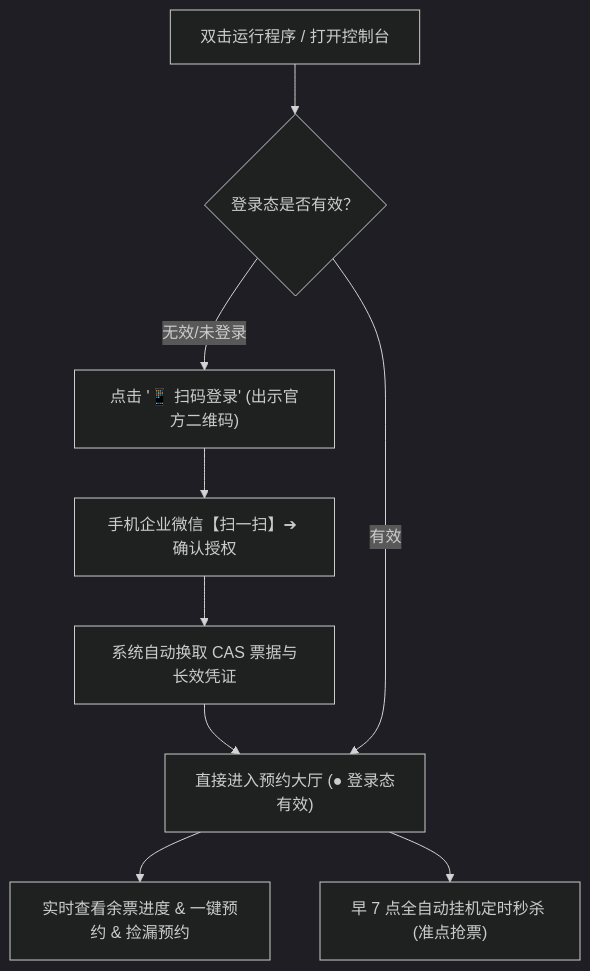
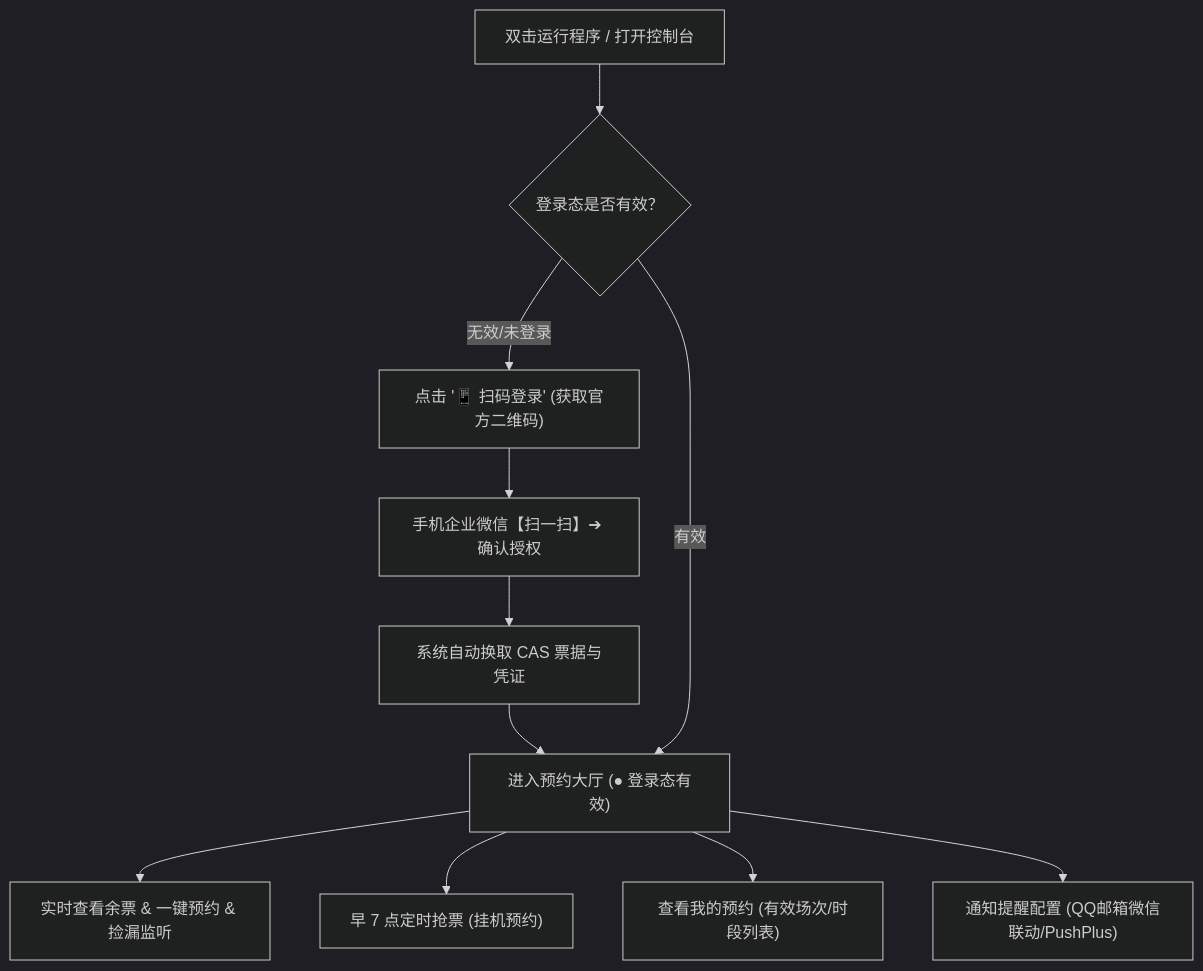
The diagram in README.md (hechen-coder/XMU-Gym-reservation-script), drawn with Mermaid (dark theme) before and after one commit. The commit also changed other lines of this file and 7 other files, not shown here.

````diff
--- a/README.md
+++ b/README.md
@@ -75,11 +77,13 @@
 ```mermaid
 graph TD
     A["双击运行程序 / 打开控制台"] --> B{"登录态是否有效？"}
-    B -- 无效/未登录 --> C["点击 '📱 扫码登录' (出示官方二维码)"]
+    B -- 无效/未登录 --> C["点击 '📱 扫码登录' (获取官方二维码)"]
     C --> D["手机企业微信【扫一扫】➔ 确认授权"]
-    D --> E["系统自动换取 CAS 票据与长效凭证"]
-    E --> F["直接进入预约大厅 (● 登录态有效)"]
+    D --> E["系统自动换取 CAS 票据与凭证"]
+    E --> F["进入预约大厅 (● 登录态有效)"]
     B -- 有效 --> F
-    F --> G["实时查看余票进度 & 一键预约 & 捡漏预约"] 
-    F --> H["早 7 点全自动挂机定时秒杀 (准点抢票)"]
+    F --> G["实时查看余票 & 一键预约 & 捡漏监听"] 
+    F --> H["早 7 点定时抢票 (挂机预约)"]
+    F --> I["查看我的预约 (有效场次/时段列表)"]
+    F --> J["通知提醒配置 (QQ邮箱微信联动/PushPlus)"]
 ```
````
